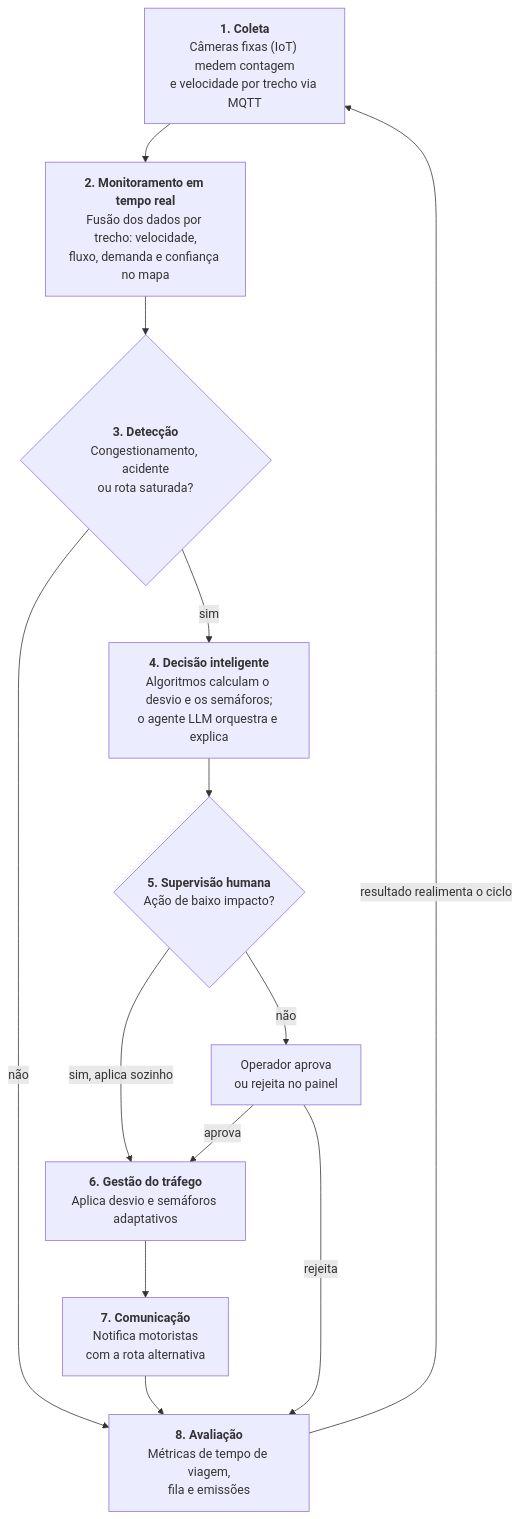
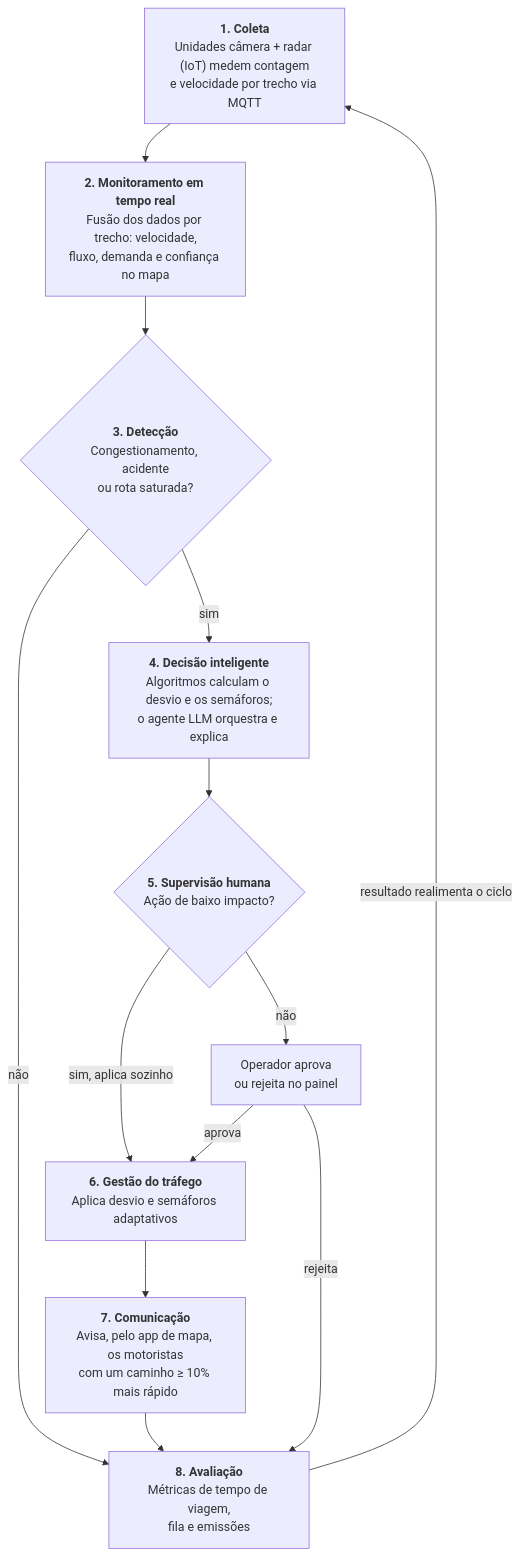
Before and after one commit to EdsonHenrique96/global-solution-2: the first of 3 diagrams in 2TIAO/GLOBAL-SOLUTION-2/GETTING_STARTED.md, drawn with Mermaid. The commit also changed other lines of this file and 1 other file, not shown here.

Commit message:
docs: describe the 4x4 Jardins grid and camera+radar units

````diff
--- a/2TIAO/GLOBAL-SOLUTION-2/GETTING_STARTED.md
+++ b/2TIAO/GLOBAL-SOLUTION-2/GETTING_STARTED.md
@@ -23,22 +23,22 @@
 ```mermaid
 flowchart TD
-    coleta["<b>1. Coleta</b><br/>Câmeras fixas (IoT) medem contagem<br/>e velocidade por trecho via MQTT"]
+    coleta["<b>1. Coleta</b><br/>Unidades câmera + radar (IoT) medem contagem<br/>e velocidade por trecho via MQTT"]
     monitora["<b>2. Monitoramento em tempo real</b><br/>Fusão dos dados por trecho: velocidade,<br/>fluxo, demanda e confiança no mapa"]
     detecta{"<b>3. Detecção</b><br/>Congestionamento, acidente<br/>ou rota saturada?"}
     decide["<b>4. Decisão inteligente</b><br/>Algoritmos calculam o desvio e os semáforos;<br/>o agente LLM orquestra e explica"]
     supervisao{"<b>5. Supervisão humana</b><br/>Ação de baixo impacto?"}
     operador["Operador aprova<br/>ou rejeita no painel"]
     atua["<b>6. Gestão do tráfego</b><br/>Aplica desvio e semáforos adaptativos"]
-    comunica["<b>7. Comunicação</b><br/>Notifica motoristas<br/>com a rota alternativa"]
+    comunica["<b>7. Comunicação</b><br/>Avisa, pelo app de mapa, os motoristas<br/>com um caminho ≥ 10% mais rápido"]
     avalia["<b>8. Avaliação</b><br/>Métricas de tempo de viagem,<br/>fila e emissões"]
 
     coleta --> monitora --> detecta
     detecta -- não --> avalia
     detecta -- sim --> decide --> supervisao
     supervisao -- sim, aplica sozinho --> atua
     supervisao -- não --> operador
     operador -- aprova --> atua
     operador -- rejeita --> avalia
     atua --> comunica --> avalia
     avalia -- "resultado realimenta o ciclo" --> coleta
 ```
````
